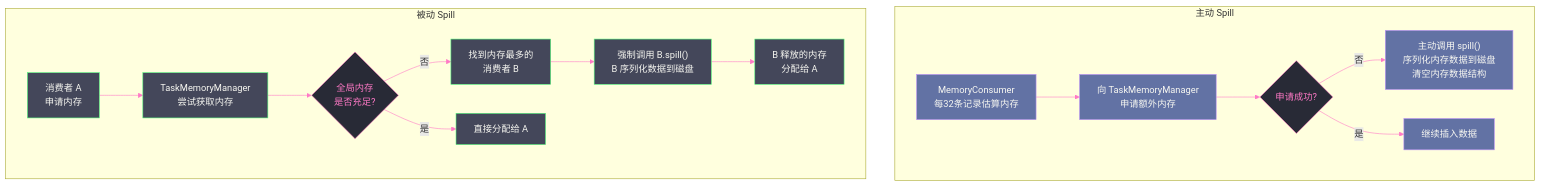
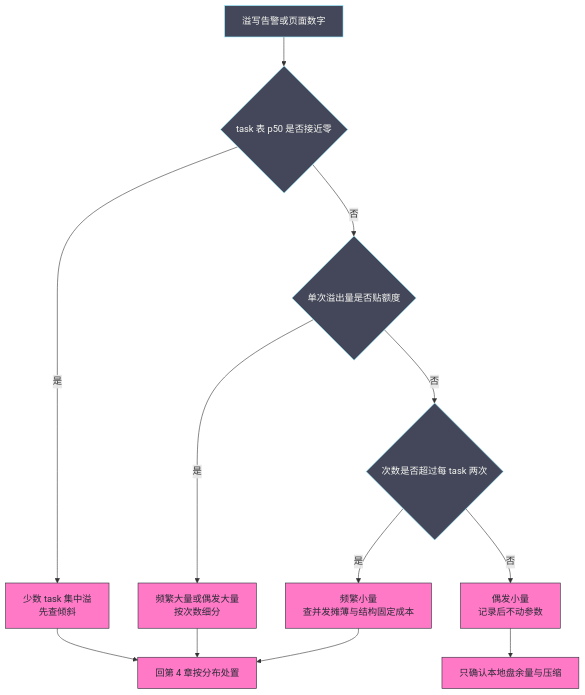
Before and after one commit to hpliStartAgain/my-brain: the fourth of 5 diagrams in content/大数据/Spark/Spark-Shuffle与内存管理机制深度解析/08 Spill 机制：从内存到磁盘的安全阀.md, drawn with Mermaid. The commit also changed other lines of this file and 455 other files, not shown here.

````diff
--- a/content/大数据/Spark/Spark-Shuffle与内存管理机制深度解析/08 Spill 机制：从内存到磁盘的安全阀.md
+++ b/content/大数据/Spark/Spark-Shuffle与内存管理机制深度解析/08 Spill 机制：从内存到磁盘的安全阀.md
@@ -92,27 +254,20 @@
 ```mermaid
-%%{init: {"theme": "dracula", "themeVariables": {"primaryColor": "#6272a4", "primaryTextColor": "#f8f8f2", "primaryBorderColor": "#bd93f9", "lineColor": "#ff79c6", "secondaryColor": "#44475a", "tertiaryColor": "#282a36"}}}%%
-graph TD
-    subgraph "主动 Spill"
-        A1["MemoryConsumer</br>每32条记录估算内存"] --> B1["向 TaskMemoryManager</br>申请额外内存"]
-        B1 --> C1{"申请成功?"}
-        C1 -- "否" --> D1["主动调用 spill()</br>序列化内存数据到磁盘</br>清空内存数据结构"]
-        C1 -- "是" --> E1["继续插入数据"]
-    end
-
-    subgraph "被动 Spill"
-        A2["消费者 A</br>申请内存"] --> B2["TaskMemoryManager</br>尝试获取内存"]
-        B2 --> C2{"全局内存</br>是否充足?"}
-        C2 -- "否" --> D2["找到内存最多的</br>消费者 B"]
-        D2 --> E2["强制调用 B.spill()</br>B 序列化数据到磁盘"]
-        E2 --> F2["B 释放的内存</br>分配给 A"]
-        C2 -- "是" --> G2["直接分配给 A"]
-    end
-
-    classDef active fill:#6272a4,stroke:#bd93f9,color:#f8f8f2
-    classDef passive fill:#44475a,stroke:#50fa7b,color:#f8f8f2
-    classDef decision fill:#282a36,stroke:#ff79c6,color:#ff79c6
-
-    class A1,B1,D1,E1 active
-    class A2,B2,D2,E2,F2,G2 passive
-    class C1,C2 decision
+%%{init: {'theme': 'dracula'}}%%
+flowchart TD
+    A["溢写告警或页面数字"] --> B{"task 表 p50 是否接近零"}
+    B -- "是" --> B1["少数 task 集中溢<br/>先查倾斜"]
+    B -- "否" --> C{"单次溢出量是否贴额度"}
+    C -- "是" --> C1["频繁大量或偶发大量<br/>按次数细分"]
+    C -- "否" --> D{"次数是否超过每 task 两次"}
+    D -- "否" --> D1["偶发小量<br/>记录后不动参数"]
+    D -- "是" --> D2["频繁小量<br/>查并发摊薄与结构固定成本"]
+    B1 --> E["回第 4 章按分布处置"]
+    C1 --> E
+    D1 --> F["只确认本地盘余量与压缩"]
+    D2 --> E
+    classDef q fill:#44475a,stroke:#8be9fd,color:#f8f8f2
+    classDef a fill:#ff79c6,stroke:#282a36,color:#282a36
+    class A q
+    class B,C,D q
+    class B1,C1,D1,D2,E,F a
 ```
````
